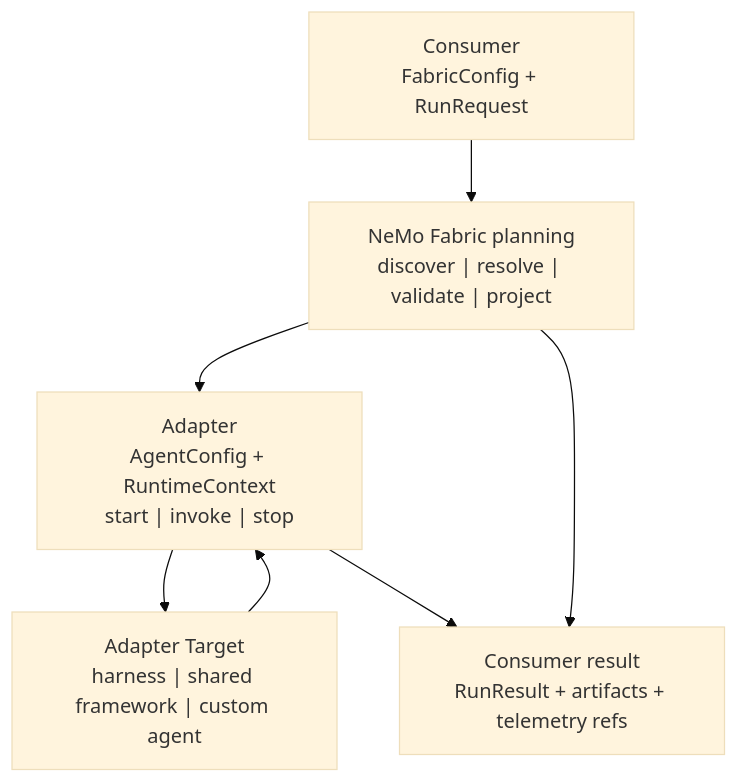
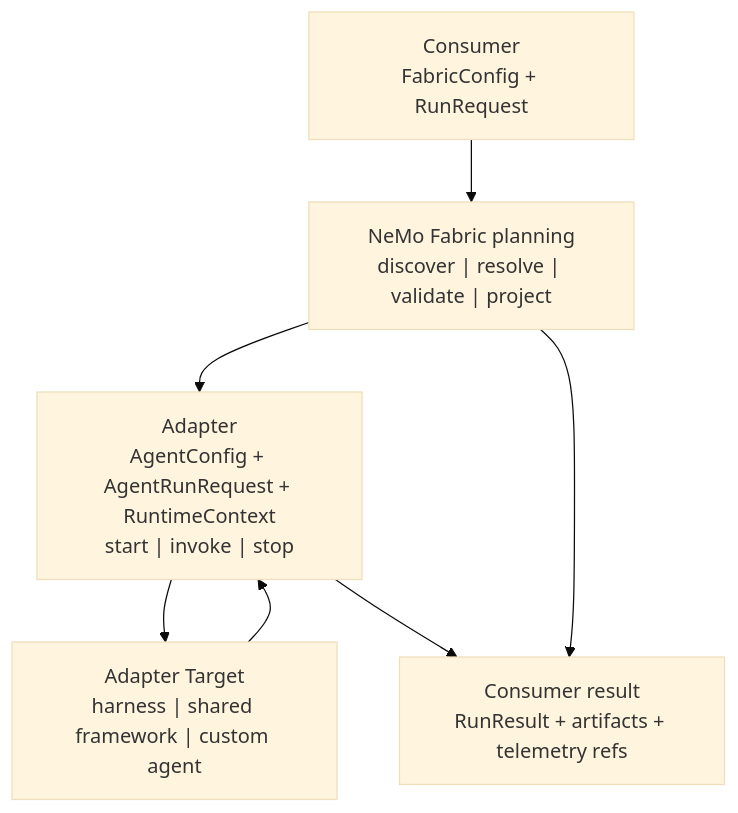
Before and after one commit to AnuradhaKaruppiah/NeMo-Fabric: the diagram in docs/adapter-contract/README.md, drawn with Mermaid (base theme). The commit also changed other lines of this file and 9 other files, not shown here.

````diff
--- a/docs/adapter-contract/README.md
+++ b/docs/adapter-contract/README.md
@@ -32,12 +32,12 @@
 ```mermaid
 flowchart TD
     Consumer["Consumer<br/>FabricConfig + RunRequest"]
     Planning["NeMo Fabric planning<br/>discover | resolve | validate | project"]
-    Adapter["Adapter<br/>AgentConfig + RuntimeContext<br/>start | invoke | stop"]
+    Adapter["Adapter<br/>AgentConfig + AgentRunRequest + RuntimeContext<br/>start | invoke | stop"]
     Target["Adapter Target<br/>harness | shared framework | custom agent"]
     Result["Consumer result<br/>RunResult + artifacts + telemetry refs"]
 
     Consumer --> Planning --> Adapter --> Target
     Target --> Adapter --> Result
     Planning --> Result
 ```
````
